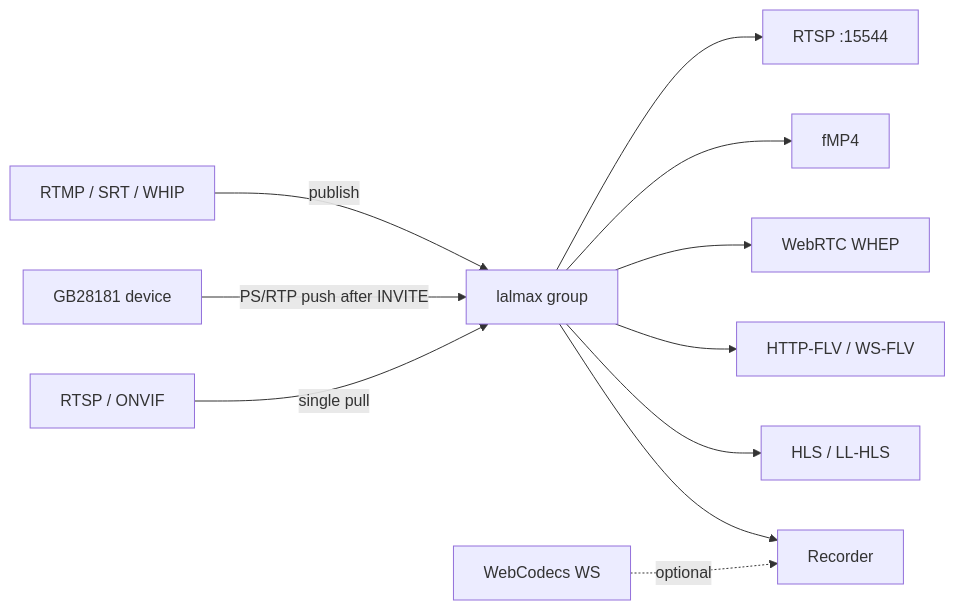
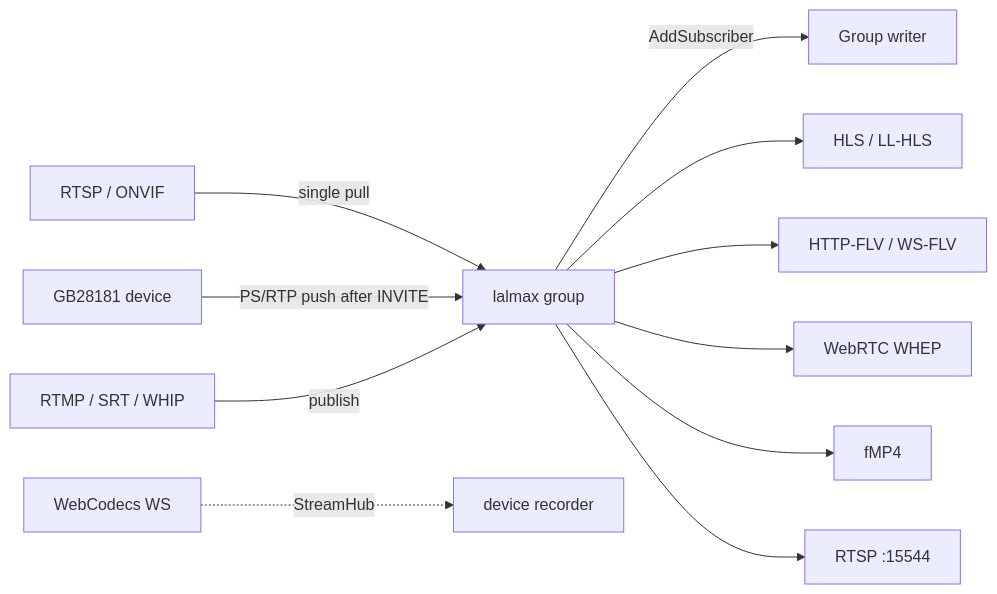
The third of 7 diagrams in docs/en/architecture.md (lalmax-pro/lalmax-nvr), drawn with Mermaid before and after one commit. The commit also changed other lines of this file and 3 other files, not shown here.

First line of the commit message:
docs: align README and architecture with the group writer

````diff
--- a/docs/en/architecture.md
+++ b/docs/en/architecture.md
@@ -108,13 +108,13 @@
 ```mermaid
 flowchart LR
   RTSP[RTSP / ONVIF] -->|single pull| G["lalmax group"]
   GB[GB28181 device] -->|PS/RTP push after INVITE| G
   Push[RTMP / SRT / WHIP] -->|publish| G
-  G --> Rec[Recorder]
+  G -->|AddSubscriber| Rec[Group writer]
   G --> HLS[HLS / LL-HLS]
   G --> FLV[HTTP-FLV / WS-FLV]
   G --> RTC[WebRTC WHEP]
   G --> FMP4[fMP4]
   G --> RTSPOut["RTSP :15544"]
-  WS[WebCodecs WS] -.->|optional| Rec
+  WS[WebCodecs WS] -.->|StreamHub| Dev[device recorder]
 ```
````
